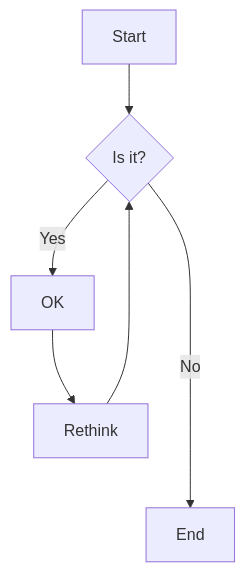
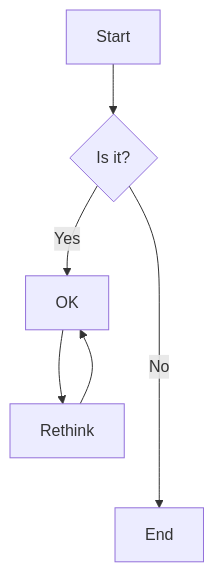
Before and after one commit to VBPix84/ServeurAvecTraefik: the diagram in README.md, drawn with Mermaid.

````diff
--- a/README.md
+++ b/README.md
@@ -19,8 +19,8 @@
 ```mermaid
 flowchart TD
     A[Start] --> B{Is it?}
     B -- Yes --> C[OK]
     C --> D[Rethink]
-    D --> B
+    D --> C
     B -- No ----> E[End]
 ```
````
